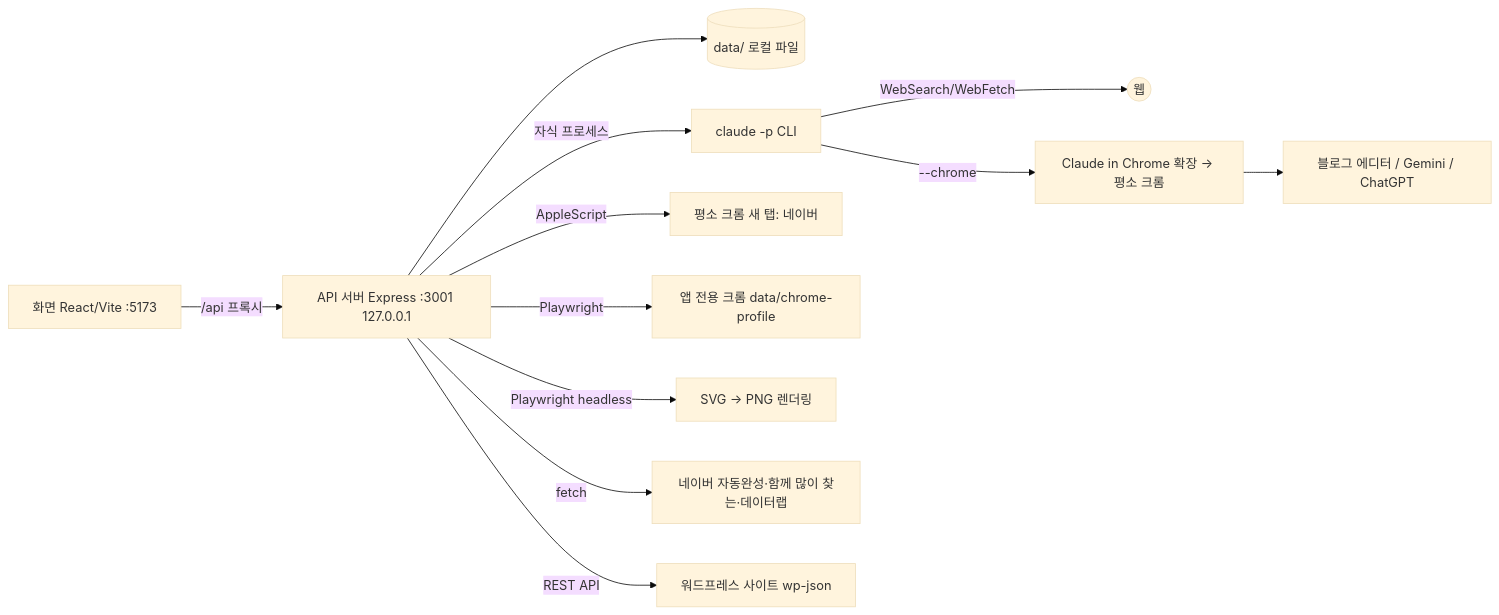
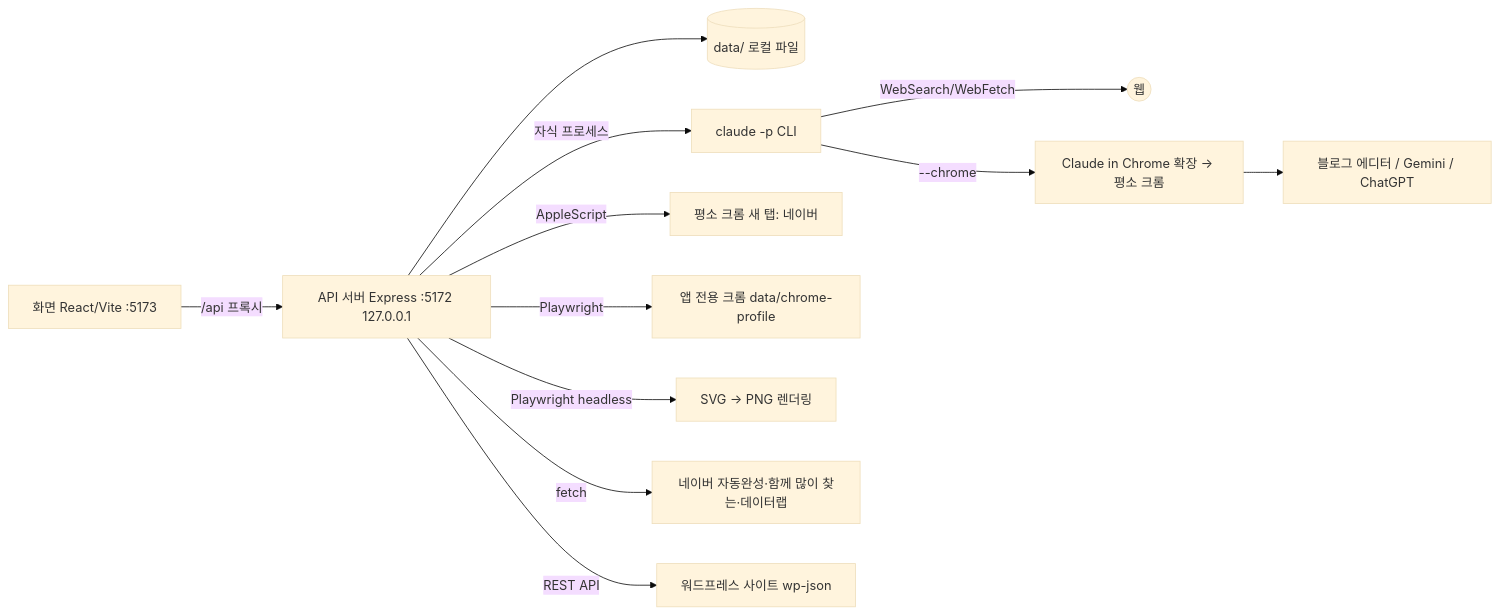
One commit to beekei-god/blog-writer changed the diagram in vault/wiki/_system/overview.md. Above: the diagram before and after it, drawn with Mermaid (base theme). The commit also changed other lines of this file and 10 other files, not shown here.

````diff
--- a/vault/wiki/_system/overview.md
+++ b/vault/wiki/_system/overview.md
@@ -20,14 +20,14 @@
 ```mermaid
 flowchart LR
-  web[화면 React/Vite :5173] -->|/api 프록시| server[API 서버 Express :3001 127.0.0.1]
+  web[화면 React/Vite :5173] -->|/api 프록시| server[API 서버 Express :5172 127.0.0.1]
   server --> data[(data/ 로컬 파일)]
   server -->|자식 프로세스| cli[claude -p CLI]
   cli -->|WebSearch/WebFetch| internet((웹))
   cli -->|--chrome| ext[Claude in Chrome 확장 → 평소 크롬]
   ext --> blogs[블로그 에디터 / Gemini / ChatGPT]
   server -->|AppleScript| userchrome[평소 크롬 새 탭: 네이버]
   server -->|Playwright| appchrome[앱 전용 크롬 data/chrome-profile]
   server -->|Playwright headless| svg[SVG → PNG 렌더링]
   server -->|fetch| naver[네이버 자동완성·함께 많이 찾는·데이터랩]
   server -->|REST API| wp[워드프레스 사이트 wp-json]
 ```
````
